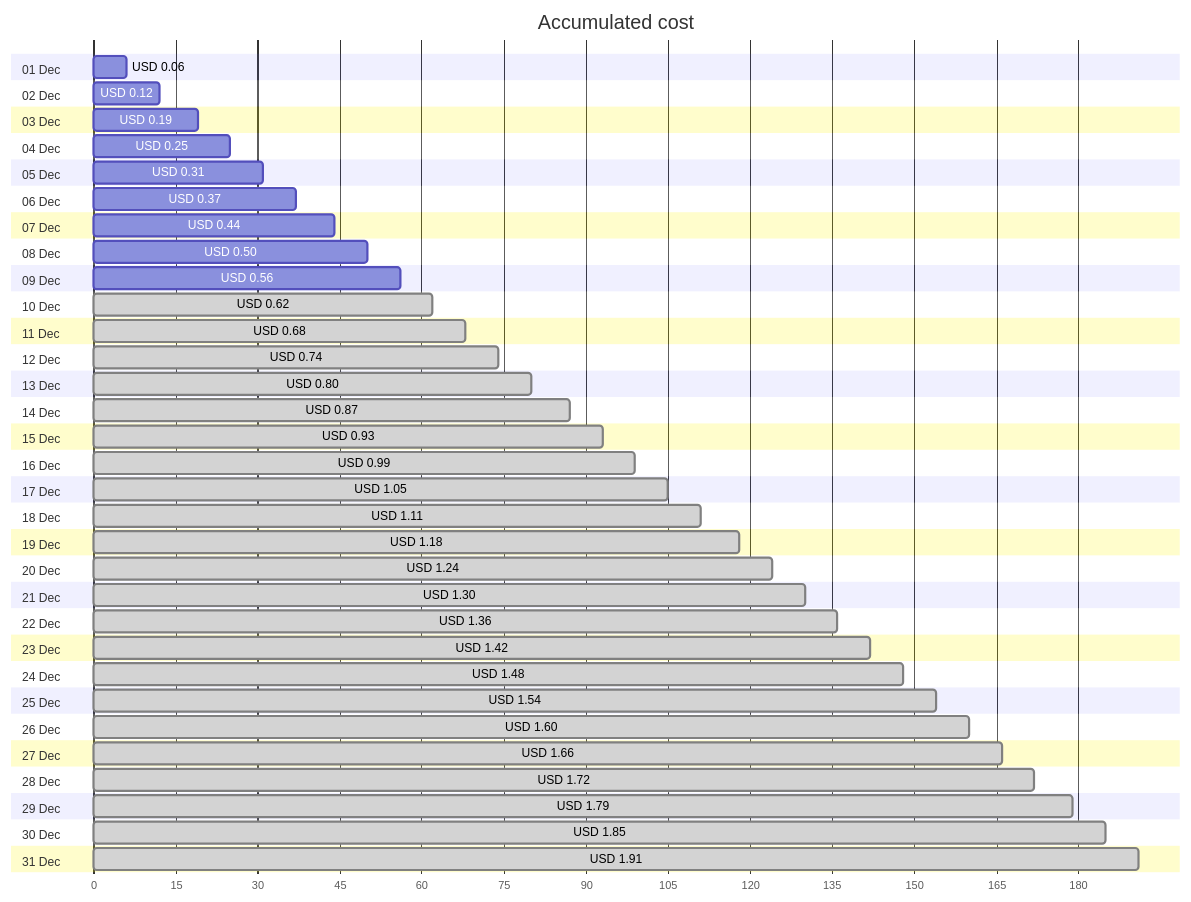
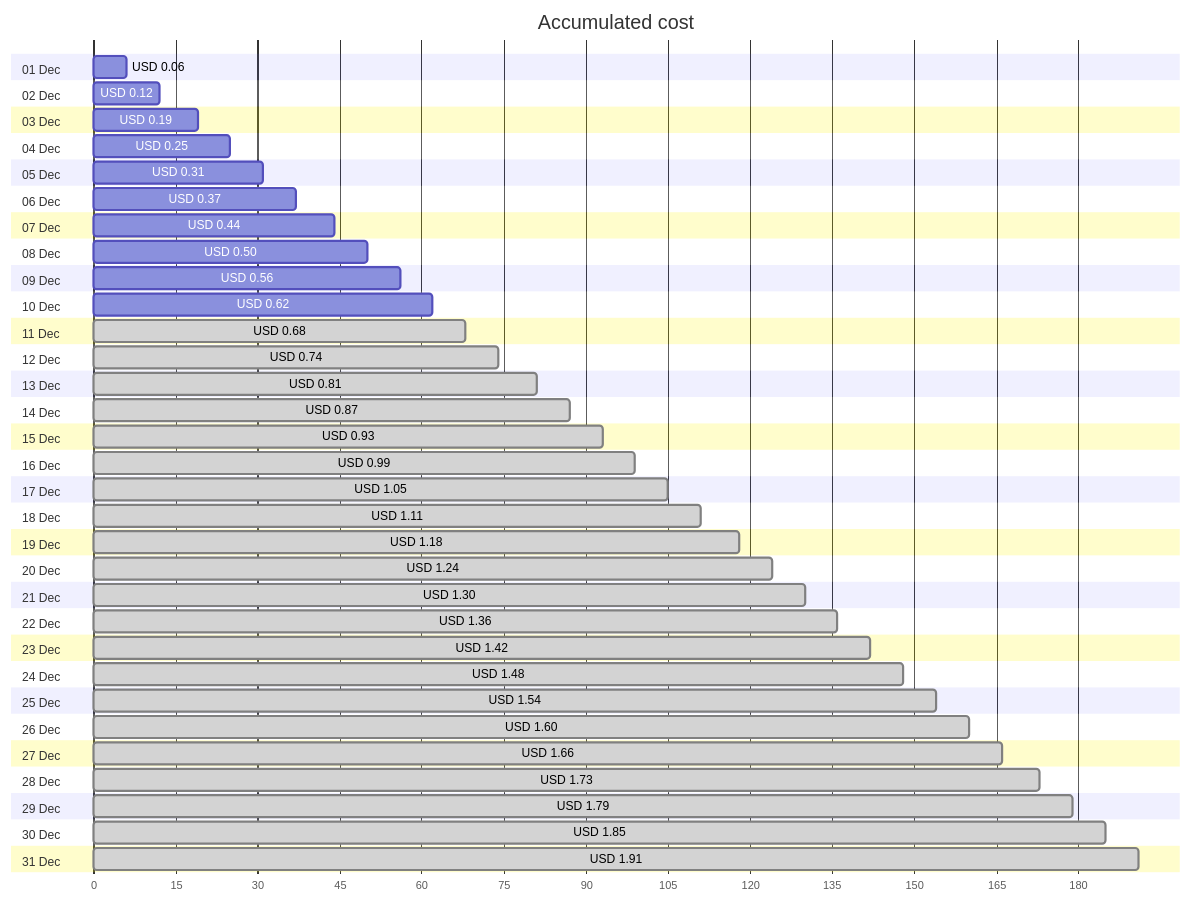
One commit to jpfulton/azure-personal-reports changed the first of 4 diagrams in cost-reports/personal-network/backup-server_OsDisk.md. Above: the diagram before and after it, drawn with Mermaid. The commit also changed other lines of this file and 8 other files, not shown here.

````diff
--- a/cost-reports/personal-network/backup-server_OsDisk.md
+++ b/cost-reports/personal-network/backup-server_OsDisk.md
@@ -20,68 +20,68 @@
 ```mermaid
 gantt
    title Accumulated cost
    dateFormat  X
    axisFormat %s
    section 01 Dec
    USD 0.06 :0, 6
    section 02 Dec
    USD 0.12 :0, 12
    section 03 Dec
    USD 0.19 :0, 19
    section 04 Dec
    USD 0.25 :0, 25
    section 05 Dec
    USD 0.31 :0, 31
    section 06 Dec
    USD 0.37 :0, 37
    section 07 Dec
    USD 0.44 :0, 44
    section 08 Dec
    USD 0.50 :0, 50
    section 09 Dec
    USD 0.56 :0, 56
    section 10 Dec
-   USD 0.62 : done, 0, 62
+   USD 0.62 :0, 62
    section 11 Dec
    USD 0.68 : done, 0, 68
    section 12 Dec
    USD 0.74 : done, 0, 74
    section 13 Dec
-   USD 0.80 : done, 0, 80
+   USD 0.81 : done, 0, 81
    section 14 Dec
    USD 0.87 : done, 0, 87
    section 15 Dec
    USD 0.93 : done, 0, 93
    section 16 Dec
    USD 0.99 : done, 0, 99
    section 17 Dec
    USD 1.05 : done, 0, 105
    section 18 Dec
    USD 1.11 : done, 0, 111
    section 19 Dec
    USD 1.18 : done, 0, 118
    section 20 Dec
    USD 1.24 : done, 0, 124
    section 21 Dec
    USD 1.30 : done, 0, 130
    section 22 Dec
    USD 1.36 : done, 0, 136
    section 23 Dec
    USD 1.42 : done, 0, 142
    section 24 Dec
    USD 1.48 : done, 0, 148
    section 25 Dec
    USD 1.54 : done, 0, 154
    section 26 Dec
    USD 1.60 : done, 0, 160
    section 27 Dec
    USD 1.66 : done, 0, 166
    section 28 Dec
-   USD 1.72 : done, 0, 172
+   USD 1.73 : done, 0, 173
    section 29 Dec
    USD 1.79 : done, 0, 179
    section 30 Dec
    USD 1.85 : done, 0, 185
    section 31 Dec
    USD 1.91 : done, 0, 191
 ```
````
